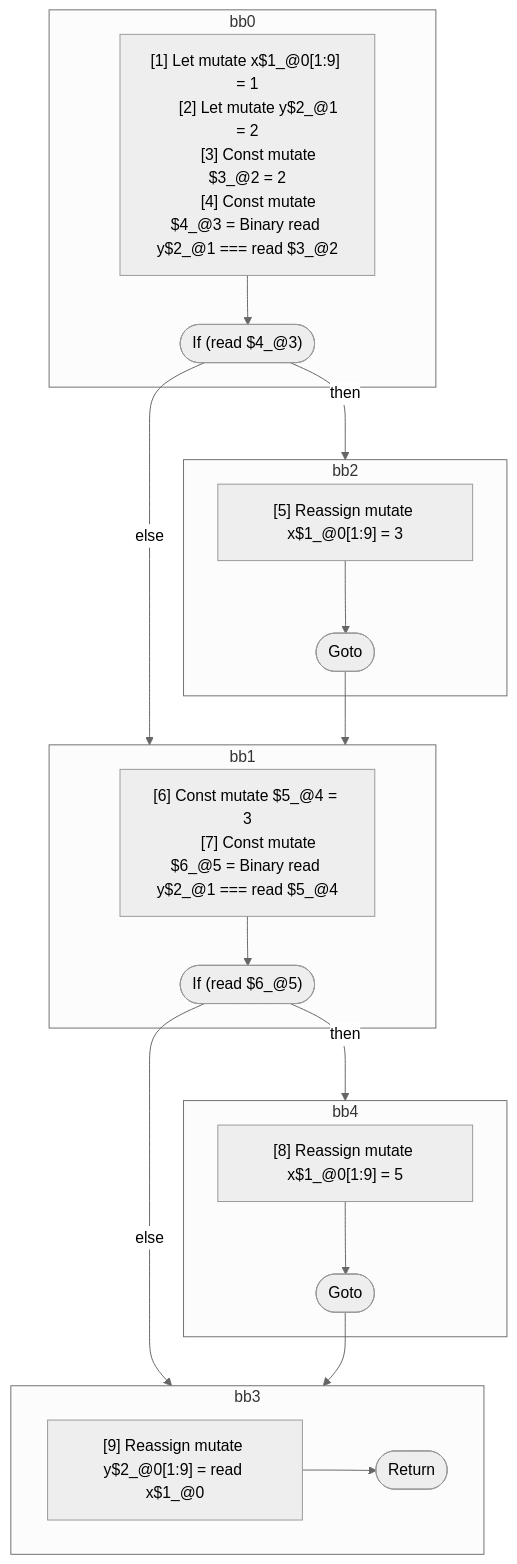
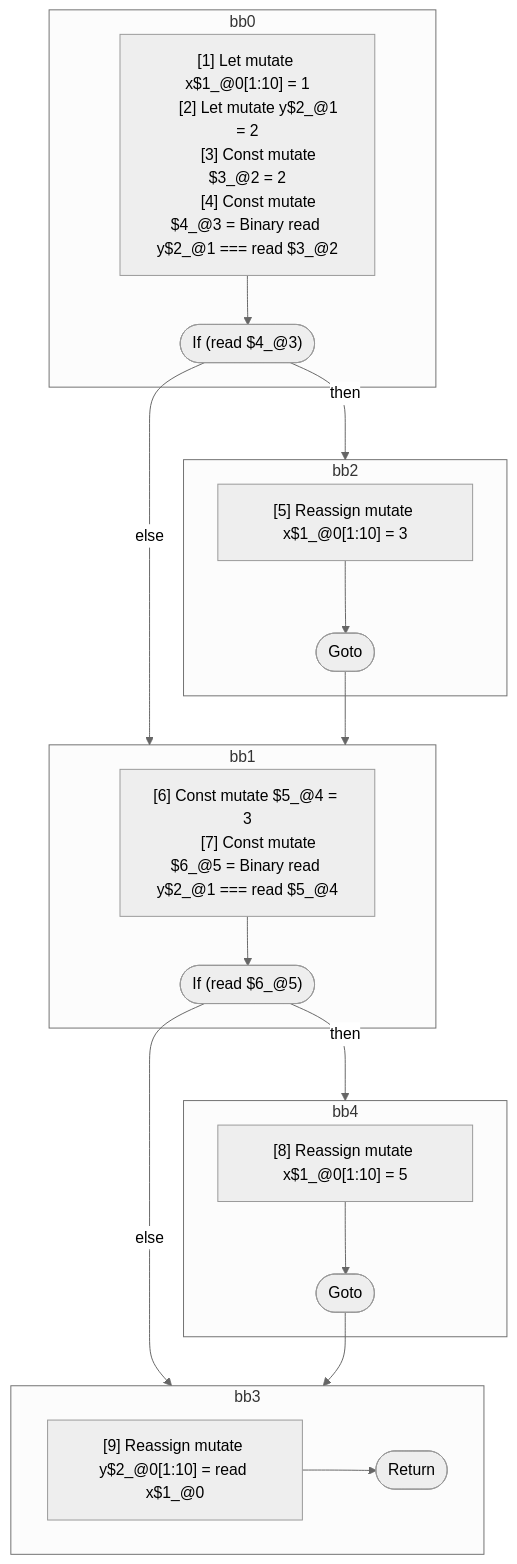
The diagram in compiler/forget/src/__tests__/fixtures/hir/ssa-complex-multiple-if.expect.md (wutsmog/private), drawn with Mermaid (neutral theme) before and after one commit. The commit also changed other lines of this file and 45 other files, not shown here.

````diff
--- a/compiler/forget/src/__tests__/fixtures/hir/ssa-complex-multiple-if.expect.md
+++ b/compiler/forget/src/__tests__/fixtures/hir/ssa-complex-multiple-if.expect.md
@@ -50,47 +50,47 @@
 ```mermaid
 flowchart TB
   %% Basic Blocks
   subgraph bb0
     bb0_instrs["
-      [1] Let mutate x$1_@0[1:9] = 1
+      [1] Let mutate x$1_@0[1:10] = 1
       [2] Let mutate y$2_@1 = 2
       [3] Const mutate $3_@2 = 2
       [4] Const mutate $4_@3 = Binary read y$2_@1 === read $3_@2
     "]
     bb0_instrs --> bb0_terminal(["If (read $4_@3)"])
   end
   subgraph bb2
     bb2_instrs["
-      [5] Reassign mutate x$1_@0[1:9] = 3
+      [5] Reassign mutate x$1_@0[1:10] = 3
     "]
     bb2_instrs --> bb2_terminal(["Goto"])
   end
   subgraph bb1
     bb1_instrs["
       [6] Const mutate $5_@4 = 3
       [7] Const mutate $6_@5 = Binary read y$2_@1 === read $5_@4
     "]
     bb1_instrs --> bb1_terminal(["If (read $6_@5)"])
   end
   subgraph bb4
     bb4_instrs["
-      [8] Reassign mutate x$1_@0[1:9] = 5
+      [8] Reassign mutate x$1_@0[1:10] = 5
     "]
     bb4_instrs --> bb4_terminal(["Goto"])
   end
   subgraph bb3
     bb3_instrs["
-      [9] Reassign mutate y$2_@0[1:9] = read x$1_@0
+      [9] Reassign mutate y$2_@0[1:10] = read x$1_@0
     "]
     bb3_instrs --> bb3_terminal(["Return"])
   end
 
   %% Jumps
   bb0_terminal -- "then" --> bb2
   bb0_terminal -- "else" --> bb1
   bb2_terminal --> bb1
   bb1_terminal -- "then" --> bb4
   bb1_terminal -- "else" --> bb3
   bb4_terminal --> bb3
 
 ```
````
